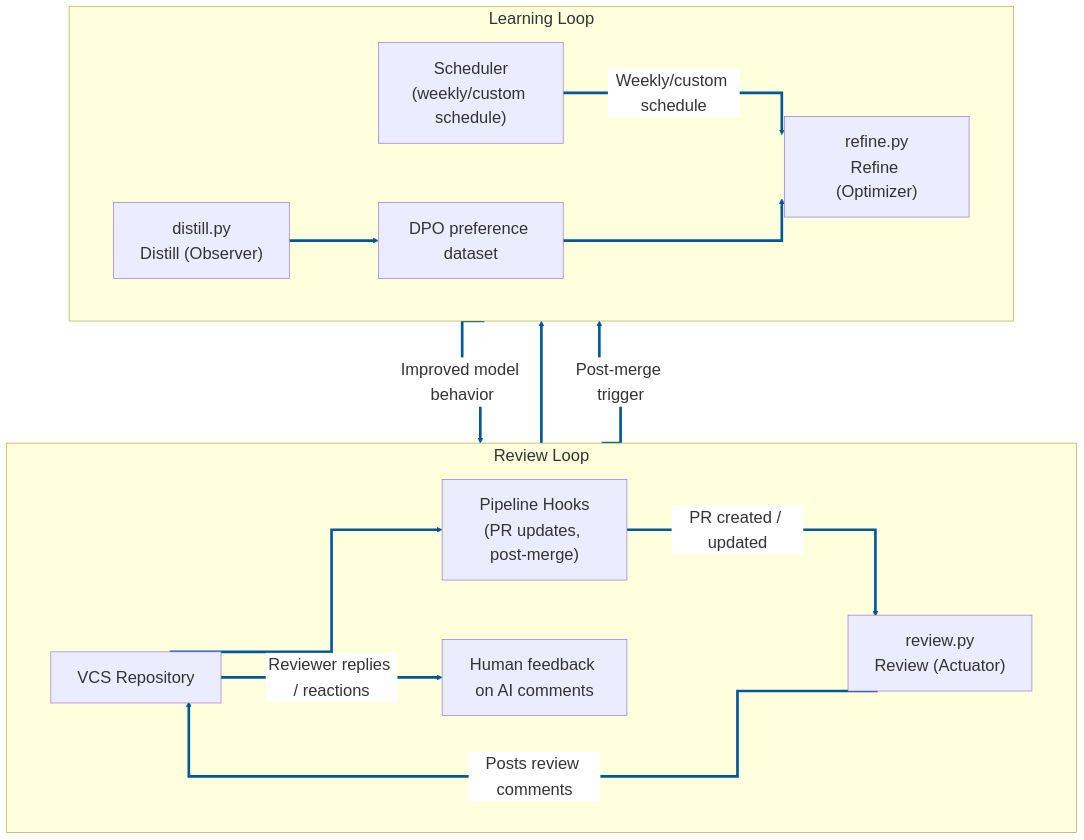
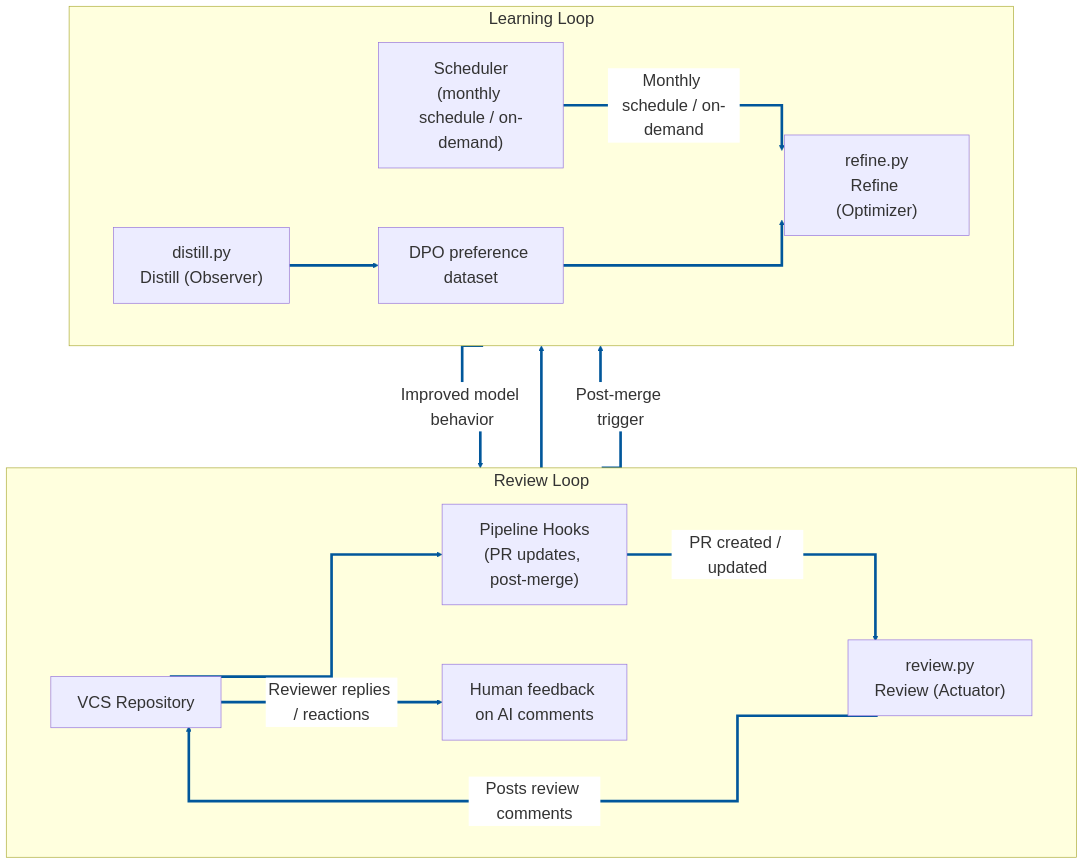
Before and after one commit to aravin-86/reflex-reviewer: the diagram in README.md, drawn with Mermaid. The commit also changed other lines of this file and 16 other files, not shown here.

````diff
--- a/README.md
+++ b/README.md
@@ -46,35 +48,35 @@
 ```mermaid
 %%{init: {'themeVariables': {'fontSize': '25px', 'lineColor': '#01579b', 'edgeLabelBackground': '#ffffff'}, 'flowchart': {'curve': 'stepAfter', 'nodeSpacing': 90, 'rankSpacing': 110, 'padding': 20}} }%%
 flowchart TB
     classDef largeText fill:#e1f5fe,stroke:#01579b,stroke-width:3px,font-size:25px;
     class repo,pipelineHooks,scheduler,review,feedback,distill,data,refine largeText;
 
     subgraph reviewLoop["Review Loop"]
       direction LR
       repo["VCS Repository"]
       pipelineHooks["Pipeline Hooks<br/>(PR updates, post-merge)"]
       review["review.py<br/>Review (Actuator)"]
       feedback["Human feedback on AI comments"]
     end
 
     subgraph learningLoop["Learning Loop"]
       direction LR
       distill["distill.py<br/>Distill (Observer)"]
       data["DPO preference dataset"]
       refine["refine.py<br/>Refine (Optimizer)"]
-      scheduler["Scheduler<br/>(weekly/custom schedule)"]
+      scheduler["Scheduler<br/>(monthly schedule / on-demand)"]
     end
 
     repo --> pipelineHooks
     pipelineHooks -->|PR created / updated| review
     review -->|Posts review comments| repo
     repo -->|Reviewer replies / reactions| feedback
     feedback --> distill
     pipelineHooks -->|Post-merge trigger| distill
     distill --> data
-    scheduler -->|Weekly/custom schedule| refine
+    scheduler -->|Monthly schedule / on-demand| refine
     data --> refine
     refine -->|Improved model behavior| review
 
     linkStyle default stroke:#01579b,stroke-width:4px;
 ```
````
